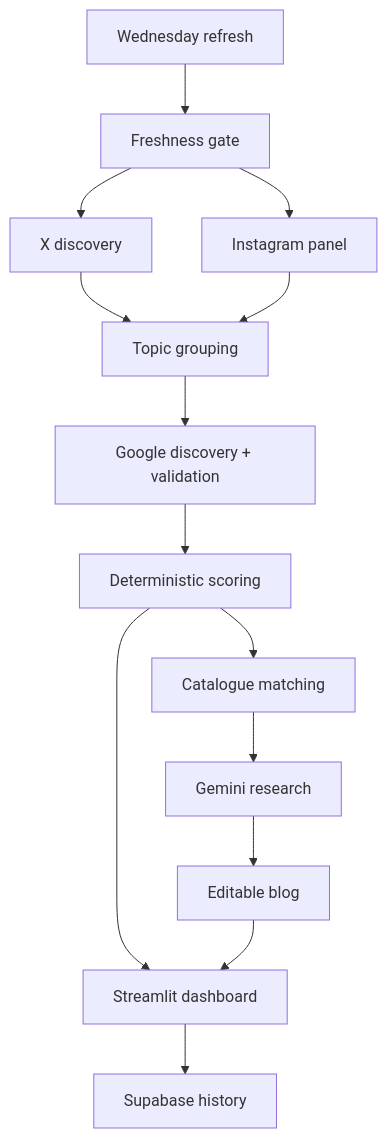
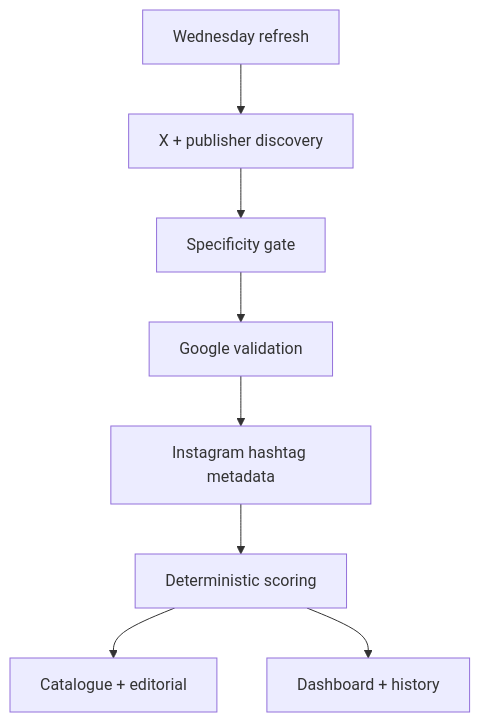
Before and after one commit to studiumvdanskucc-dot/hula-marketing-operations: the diagram in README.md, drawn with Mermaid. The commit also changed other lines of this file and 34 other files, not shown here.

````diff
--- a/README.md
+++ b/README.md
@@ -86,16 +94,10 @@
 ```mermaid
 flowchart TD
-    A["Wednesday refresh"] --> B["Freshness gate"]
-    B --> C["X discovery"]
-    B --> D["Instagram panel"]
-    C --> E["Topic grouping"]
-    D --> E
-    E --> F["Google discovery + validation"]
-    F --> G["Deterministic scoring"]
-    G --> H["Catalogue matching"]
-    H --> I["Gemini research"]
-    I --> J["Editable blog"]
-    G --> K["Streamlit dashboard"]
-    J --> K
-    K --> L["Supabase history"]
+    A["Wednesday refresh"] --> B["X + publisher discovery"]
+    B --> C["Specificity gate"]
+    C --> D["Google validation"]
+    D --> E["Instagram hashtag metadata"]
+    E --> F["Deterministic scoring"]
+    F --> G["Catalogue + editorial"]
+    F --> H["Dashboard + history"]
 ```
````
